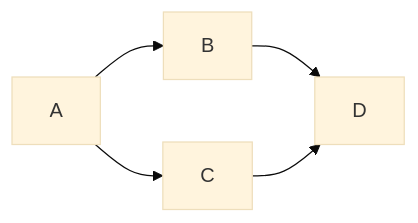
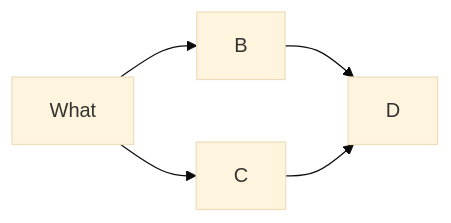
One commit to q-inho/q-inho.github.io changed the first of 2 diagrams in _posts/Physics/Mathematical Physics/2022-01-25-First-post-in-Mathematical-Physics.md. Above: the diagram before and after it, drawn with Mermaid (base theme). The commit also changed other lines of this file, not shown here.

```diff
--- a/_posts/Physics/Mathematical Physics/2022-01-25-First-post-in-Mathematical-Physics.md
+++ b/_posts/Physics/Mathematical Physics/2022-01-25-First-post-in-Mathematical-Physics.md
@@ -19,7 +19,7 @@
 <div class="mermaid"> 
     graph LR;
-        A --> B;
+        A[What] --> B;
         A --> C;
         B --> D;
         C --> D;
 </div>
```
